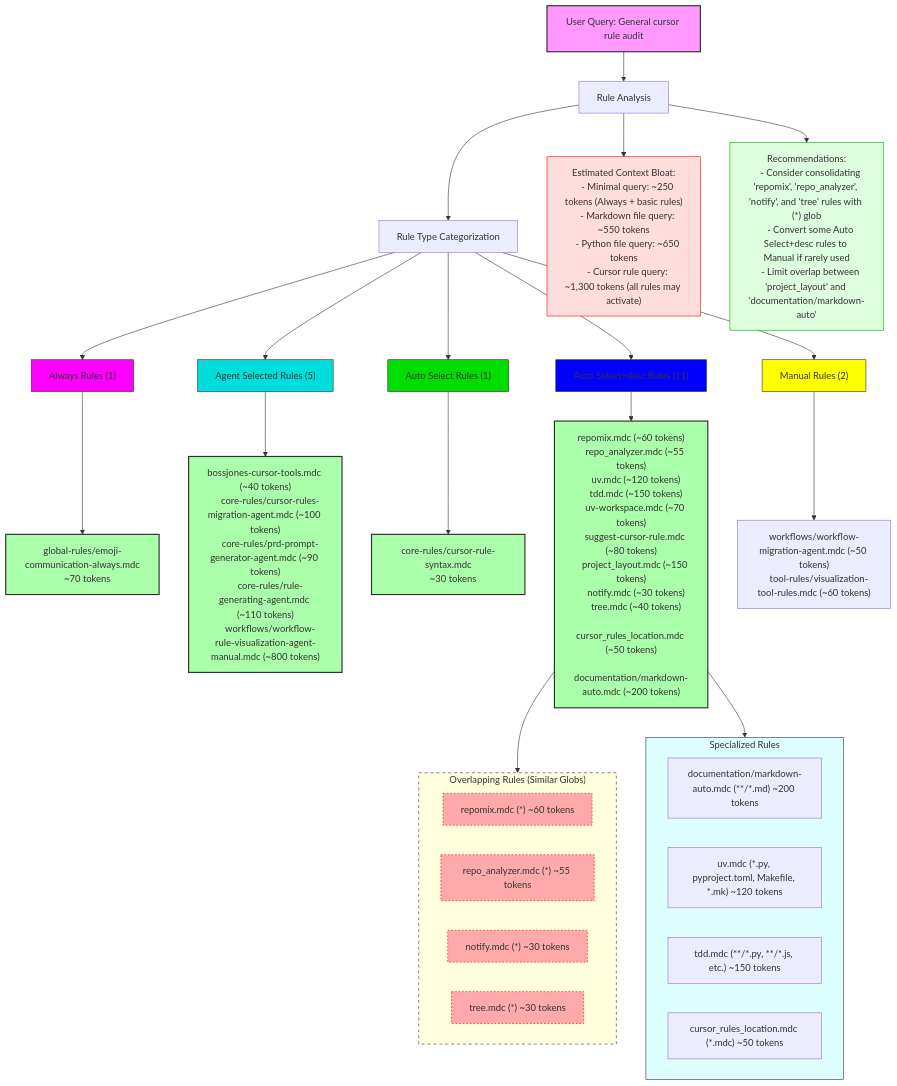
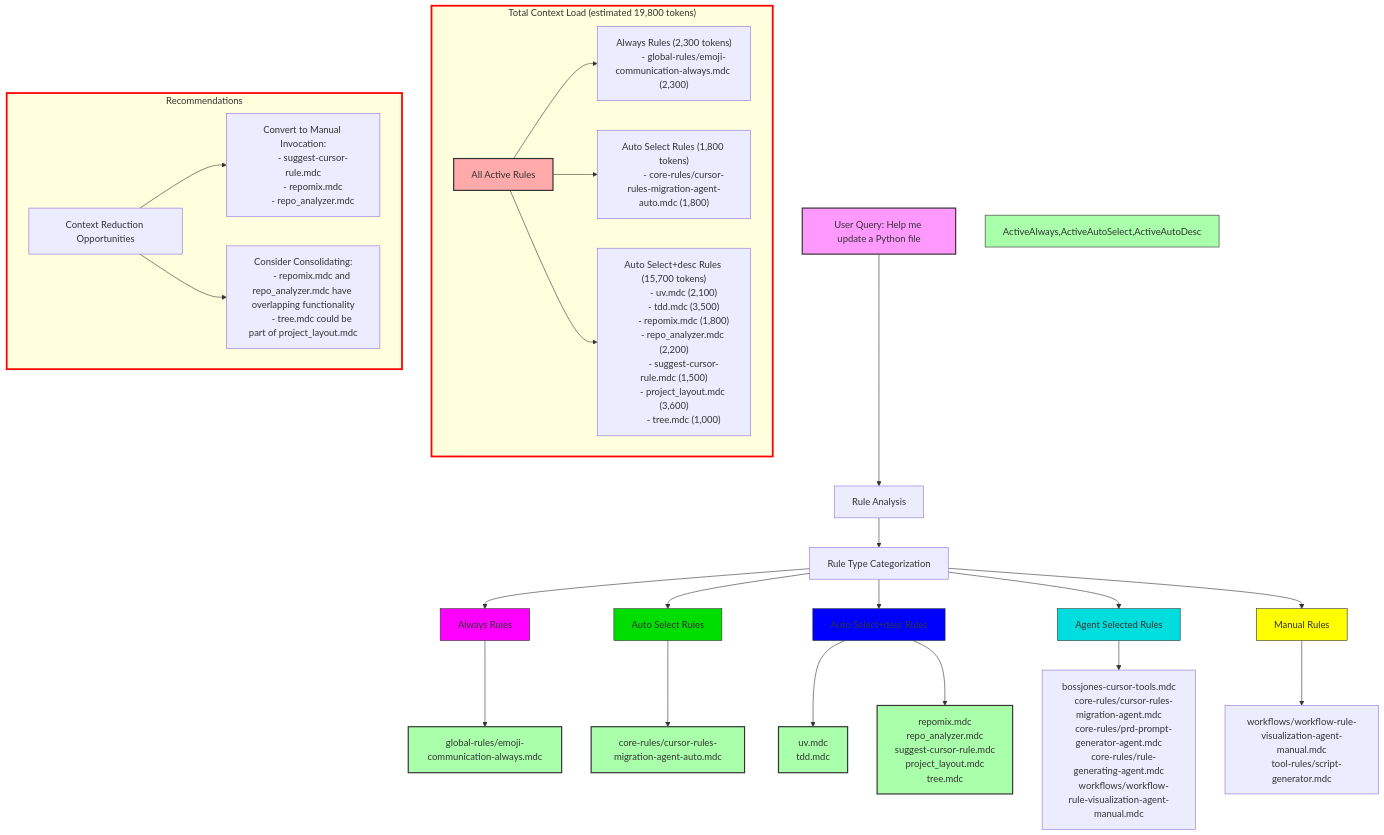
The diagram in debugging_rules_mermaid.md (bossjones/codegen-lab), drawn with Mermaid before and after one commit. The commit also changed other lines of this file and 1 other file, not shown here.

First line of the commit message:
feat: Update Cursor Rules Context Audit with context load analysis and recommendations

````diff
--- a/debugging_rules_mermaid.md
+++ b/debugging_rules_mermaid.md
@@ -331,88 +7,83 @@
 ```mermaid
 flowchart TD
-    Query["User Query: General cursor rule audit"] --> Analysis["Rule Analysis"]
+    Query["User Query: Help me update a Python file"] --> Analysis["Rule Analysis"]
 
     Analysis --> RuleTypes["Rule Type Categorization"]
 
-    RuleTypes --> Always["Always Rules (1)"]
-    RuleTypes --> AgentSelected["Agent Selected Rules (5)"]
-    RuleTypes --> AutoSelect["Auto Select Rules (1)"]
-    RuleTypes --> AutoSelectDesc["Auto Select+desc Rules (11)"]
-    RuleTypes --> Manual["Manual Rules (2)"]
+    RuleTypes --> Always["Always Rules"]
+    RuleTypes --> AutoSelect["Auto Select Rules"]
+    RuleTypes --> AutoSelectDesc["Auto Select+desc Rules"]
+    RuleTypes --> AgentSelected["Agent Selected Rules"]
+    RuleTypes --> Manual["Manual Rules"]
 
-    Always --> GlobalRules["global-rules/emoji-communication-always.mdc
-    ~70 tokens"]
+    Always --> AlwaysRules["global-rules/emoji-communication-always.mdc"]
 
-    AgentSelected --> AgentRules["bossjones-cursor-tools.mdc (~40 tokens)
-    core-rules/cursor-rules-migration-agent.mdc (~100 tokens)
-    core-rules/prd-prompt-generator-agent.mdc (~90 tokens)
-    core-rules/rule-generating-agent.mdc (~110 tokens)
-    workflows/workflow-rule-visualization-agent-manual.mdc (~800 tokens)"]
+    AutoSelect --> CodeRules["core-rules/cursor-rules-migration-agent-auto.mdc"]
 
-    AutoSelect --> SimpleAutoRules["core-rules/cursor-rule-syntax.mdc
-    ~30 tokens"]
+    AutoSelectDesc --> PythonRules["uv.mdc
+    tdd.mdc"]
 
-    AutoSelectDesc --> ComplexAutoRules["repomix.mdc (~60 tokens)
-    repo_analyzer.mdc (~55 tokens)
-    uv.mdc (~120 tokens)
-    tdd.mdc (~150 tokens)
-    uv-workspace.mdc (~70 tokens)
-    suggest-cursor-rule.mdc (~80 tokens)
-    project_layout.mdc (~150 tokens)
-    notify.mdc (~30 tokens)
-    tree.mdc (~40 tokens)
-    cursor_rules_location.mdc (~50 tokens)
-    documentation/markdown-auto.mdc (~200 tokens)"]
+    AutoSelectDesc --> GeneralRules["repomix.mdc
+    repo_analyzer.mdc
+    suggest-cursor-rule.mdc
+    project_layout.mdc
+    tree.mdc"]
 
-    Manual --> ManualRules["workflows/workflow-migration-agent.mdc (~50 tokens)
-    tool-rules/visualization-tool-rules.mdc (~60 tokens)"]
+    AgentSelected --> AsRules["bossjones-cursor-tools.mdc
+    core-rules/cursor-rules-migration-agent.mdc
+    core-rules/prd-prompt-generator-agent.mdc
+    core-rules/rule-generating-agent.mdc
+    workflows/workflow-rule-visualization-agent-manual.mdc"]
 
-    %% Overlapping rules with similar glob patterns
-    subgraph OverlappingGlobs["Overlapping Rules (Similar Globs)"]
-        repomix["repomix.mdc (*) ~60 tokens"]
-        repo_analyzer["repo_analyzer.mdc (*) ~55 tokens"]
-        notify["notify.mdc (*) ~30 tokens"]
-        tree["tree.mdc (*) ~30 tokens"]
+    Manual --> MnRules["workflows/workflow-rule-visualization-agent-manual.mdc
+    tool-rules/script-generator.mdc"]
+
+    %% Add context load summary subgraph
+    subgraph ContextLoad["Total Context Load (estimated 19,800 tokens)"]
+        AllActiveRules["All Active Rules"] --> ActiveAlways["Always Rules (2,300 tokens)
+        - global-rules/emoji-communication-always.mdc (2,300)"]
+
+        AllActiveRules --> ActiveAutoSelect["Auto Select Rules (1,800 tokens)
+        - core-rules/cursor-rules-migration-agent-auto.mdc (1,800)"]
+
+        AllActiveRules --> ActiveAutoDesc["Auto Select+desc Rules (15,700 tokens)
+        - uv.mdc (2,100)
+        - tdd.mdc (3,500)
+        - repomix.mdc (1,800)
+        - repo_analyzer.mdc (2,200)
+        - suggest-cursor-rule.mdc (1,500)
+        - project_layout.mdc (3,600)
+        - tree.mdc (1,000)"]
     end
 
-    %% Specialized rules for specific file types
-    subgraph SpecializedRules["Specialized Rules"]
-        markdown["documentation/markdown-auto.mdc (**/*.md) ~200 tokens"]
-        python["uv.mdc (*.py, pyproject.toml, Makefile, *.mk) ~120 tokens"]
-        code["tdd.mdc (**/*.py, **/*.js, etc.) ~150 tokens"]
-        mdc["cursor_rules_location.mdc (*.mdc) ~50 tokens"]
+    subgraph Recommendations["Recommendations"]
+        ContextReduction["Context Reduction Opportunities"] --> ConvertRec["Convert to Manual Invocation:
+        - suggest-cursor-rule.mdc
+        - repomix.mdc
+        - repo_analyzer.mdc"]
+
+        ContextReduction --> ConsolidateRec["Consider Consolidating:
+        - repomix.mdc and repo_analyzer.mdc have overlapping functionality
+        - tree.mdc could be part of project_layout.mdc"]
     end
-
-    ComplexAutoRules --> OverlappingGlobs
-    ComplexAutoRules --> SpecializedRules
-
-    %% Estimated total context bloat
-    Analysis --> ContextBloat["Estimated Context Bloat:
-    - Minimal query: ~250 tokens (Always + basic rules)
-    - Markdown file query: ~550 tokens
-    - Python file query: ~650 tokens
-    - Cursor rule query: ~1,300 tokens (all rules may activate)"]
-
-    %% Recommendations
-    Analysis --> Recommendations["Recommendations:
-    - Consider consolidating 'repomix', 'repo_analyzer', 'notify', and 'tree' rules with (*) glob
-    - Convert some Auto Select+desc rules to Manual if rarely used
-    - Limit overlap between 'project_layout' and 'documentation/markdown-auto'"]
 
     style Query fill:#f9f,stroke:#333,stroke-width:2px
     style Always fill:#f0f,stroke:#333,stroke-width:1px
-    style AgentSelected fill:#0dd,stroke:#333,stroke-width:1px
     style AutoSelect fill:#0d0,stroke:#333,stroke-width:1px
     style AutoSelectDesc fill:#00f,stroke:#333,stroke-width:1px
+    style AgentSelected fill:#0dd,stroke:#333,stroke-width:1px
     style Manual fill:#ff0,stroke:#333,stroke-width:1px
-    style ContextBloat fill:#fdd,stroke:#f00,stroke-width:1px
-    style Recommendations fill:#dfd,stroke:#0a0,stroke-width:1px
-    style OverlappingGlobs fill:#ffd,stroke:#333,stroke-width:1px,stroke-dasharray: 5 5
-    style SpecializedRules fill:#dff,stroke:#333,stroke-width:1px
+    style ContextLoad fill:#ffd,stroke:#f00,stroke-width:3px
+    style Recommendations fill:#ffd,stroke:#f00,stroke-width:3px
+    style AllActiveRules fill:#faa,stroke:#333,stroke-width:2px
+    style ActiveAlways,ActiveAutoSelect,ActiveAutoDesc fill:#afa,stroke:#333,stroke-width:1px
 
     classDef activated fill:#afa,stroke:#333,stroke-width:2px
-    class GlobalRules,AgentRules,SimpleAutoRules,ComplexAutoRules activated
+    class AlwaysRules,CodeRules,PythonRules,GeneralRules activated
 
-    classDef consolidate fill:#faa,stroke:#f00,stroke-width:1px,stroke-dasharray: 3 3
-    class repomix,repo_analyzer,notify,tree consolidate
+    classDef dashed stroke-dasharray: 5 5
+    class suggest-cursor-rule.mdc,repomix.mdc,repo_analyzer.mdc dashed
+
+    classDef dotted stroke-dasharray: 2 2
+    class tree.mdc dotted
 ```
````
